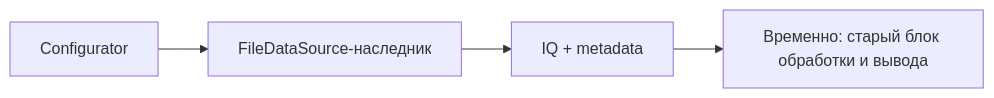
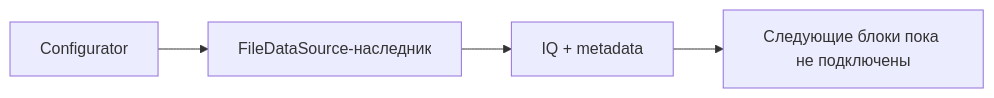
One commit to russkiylis/hackrf-matlab-spectrum changed the second of 5 diagrams in docs/obsidian/20 - Старый и новый pipeline.md. Above: the diagram before and after it, drawn with Mermaid. The commit also changed other lines of this file and 14 other files, not shown here.

````diff
--- a/docs/obsidian/20 - Старый и новый pipeline.md
+++ b/docs/obsidian/20 - Старый и новый pipeline.md
@@ -30,6 +30,6 @@
 ```mermaid
 flowchart LR
     Config["Configurator"] --> Source["FileDataSource-наследник"]
     Source --> IQ["IQ + metadata"]
-    IQ --> WF["Временно: старый блок обработки и вывода"]
+    IQ --> Next["Следующие блоки пока не подключены"]
 ```
````
